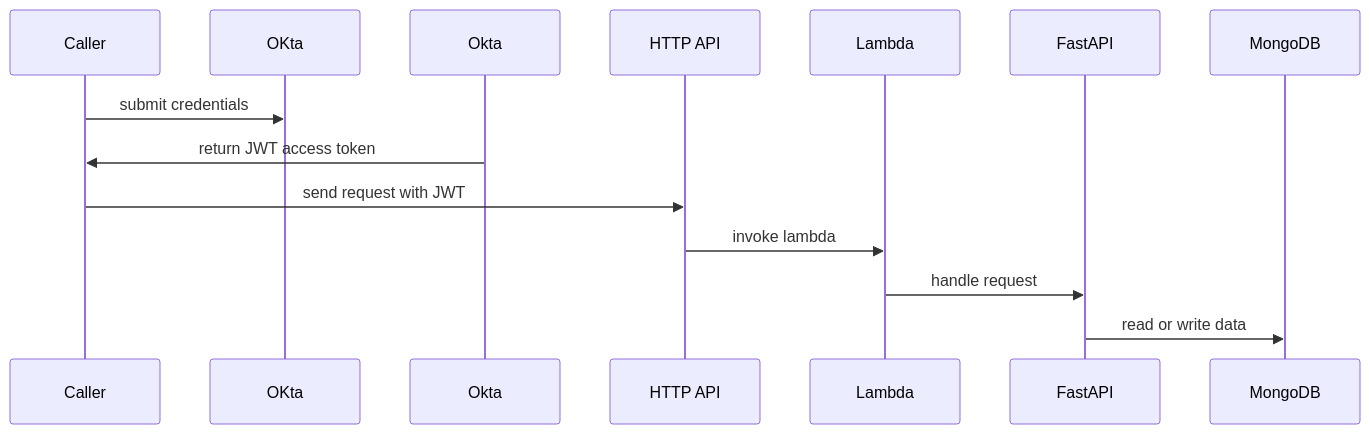
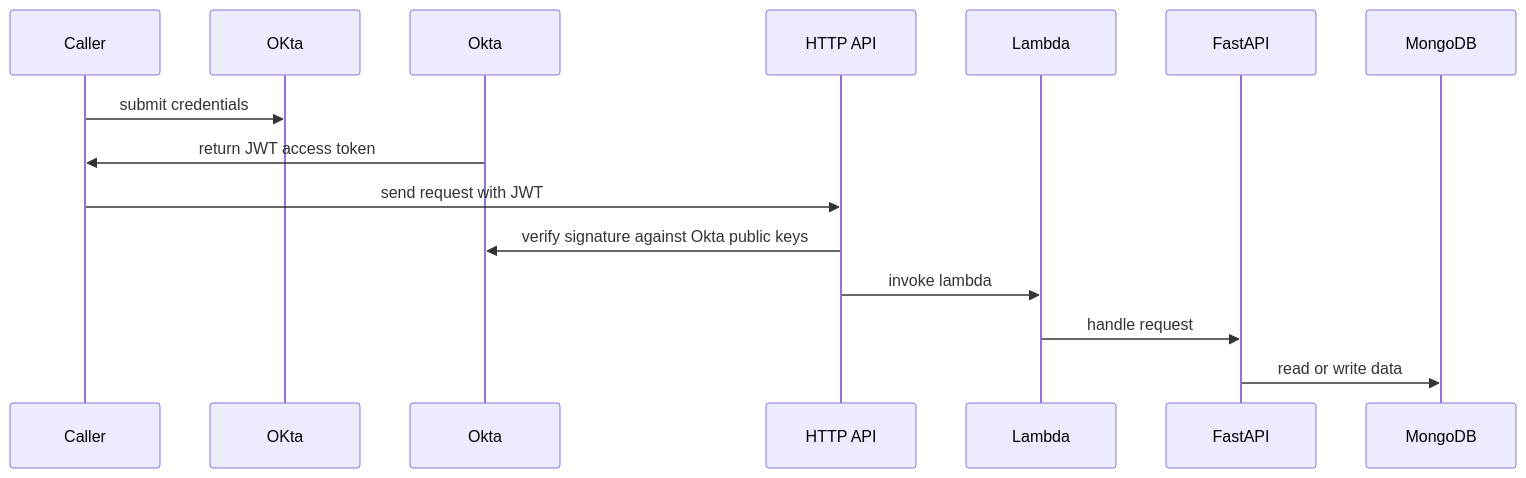
The diagram in docs/images/architecture-sequence-diagram.md (rkhullar/example-webapp), drawn with Mermaid before and after one commit.

````diff
--- a/docs/images/architecture-sequence-diagram.md
+++ b/docs/images/architecture-sequence-diagram.md
@@ -1,9 +1,10 @@
 ```mermaid
 sequenceDiagram
 Caller->>OKta: submit credentials
 Okta->>Caller: return JWT access token
 Caller->>HTTP API: send request with JWT
+HTTP API->>Okta: verify signature against Okta public keys
 HTTP API->>Lambda: invoke lambda
 Lambda->>FastAPI: handle request
 FastAPI->>MongoDB: read or write data
 ```
````
